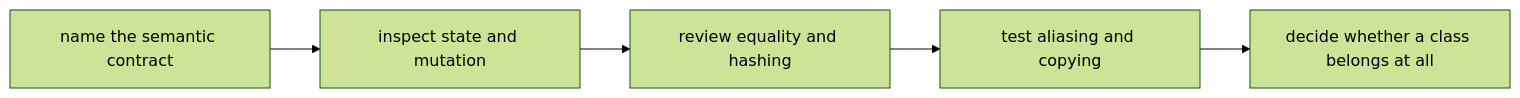
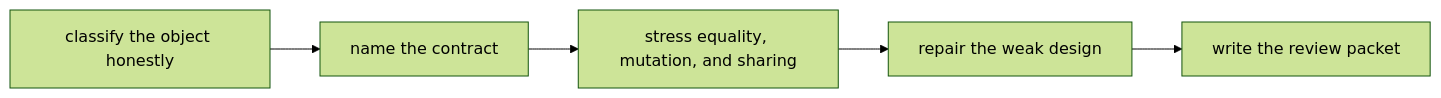
One commit to bijux/bijux-masterclass changed the second of 2 diagrams in programs/python-programming/python-object-oriented-programming/course-book/module-01-object-semantics-data-model/exercises.md. Above: the diagram before and after it, drawn with Mermaid (forest theme). The commit also changed other lines of this file, not shown here.

````diff
--- a/programs/python-programming/python-object-oriented-programming/course-book/module-01-object-semantics-data-model/exercises.md
+++ b/programs/python-programming/python-object-oriented-programming/course-book/module-01-object-semantics-data-model/exercises.md
@@ -18,7 +18,7 @@
 ```mermaid
 flowchart LR
-  identity["name the semantic contract"] --> state["inspect state and mutation"]
-  state --> equality["review equality and hashing"]
-  equality --> copy["test aliasing and copying"]
-  copy --> choose["decide whether a class belongs at all"]
+  classify["classify the object honestly"] --> contract["name the contract"]
+  contract --> stress["stress equality, mutation, and sharing"]
+  stress --> redesign["repair the weak design"]
+  redesign --> review["write the review packet"]
 ```
````
